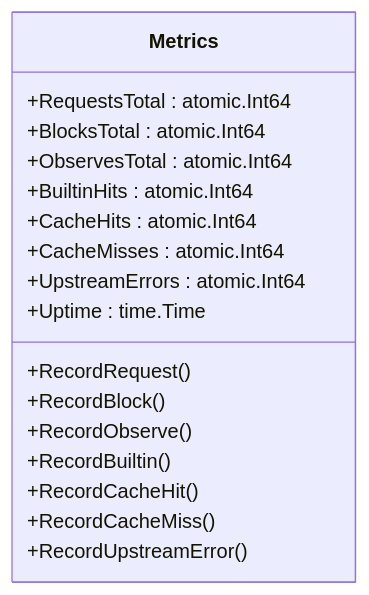
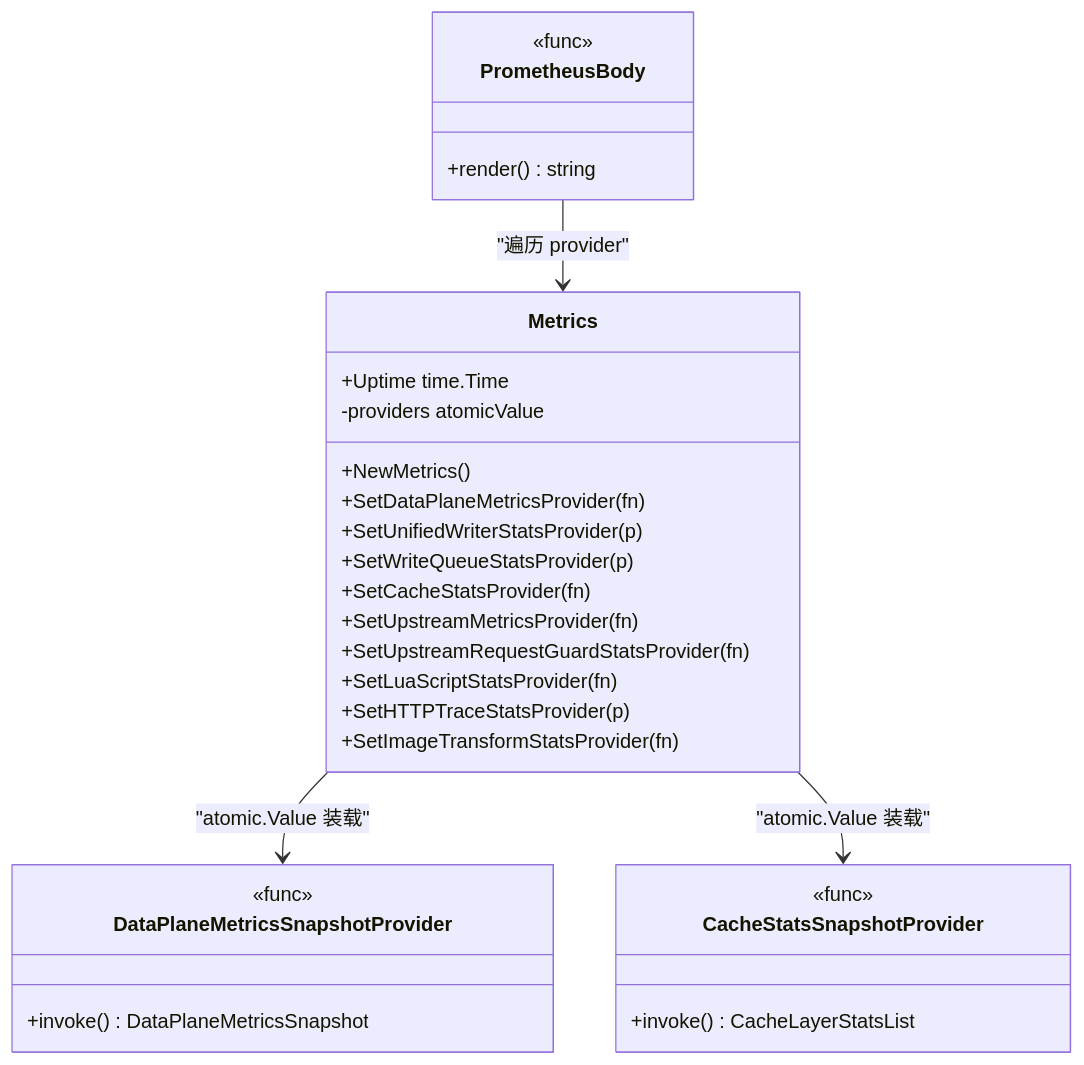
The second of 5 diagrams in docs/监控与可观测性/性能指标收集.md (x01n/My-OpenWaf), drawn with Mermaid before and after one commit. The commit also changed other lines of this file and 622 other files, not shown here.

````diff
--- a/docs/监控与可观测性/性能指标收集.md
+++ b/docs/监控与可观测性/性能指标收集.md
@@ -169,20 +108,32 @@
 ```mermaid
 classDiagram
 class Metrics {
-+RequestsTotal : atomic.Int64
-+BlocksTotal : atomic.Int64
-+ObservesTotal : atomic.Int64
-+BuiltinHits : atomic.Int64
-+CacheHits : atomic.Int64
-+CacheMisses : atomic.Int64
-+UpstreamErrors : atomic.Int64
-+Uptime : time.Time
-+RecordRequest()
-+RecordBlock()
-+RecordObserve()
-+RecordBuiltin()
-+RecordCacheHit()
-+RecordCacheMiss()
-+RecordUpstreamError()
++Uptime time.Time
+-providers atomicValue
++NewMetrics()
++SetDataPlaneMetricsProvider(fn)
++SetUnifiedWriterStatsProvider(p)
++SetWriteQueueStatsProvider(p)
++SetCacheStatsProvider(fn)
++SetUpstreamMetricsProvider(fn)
++SetUpstreamRequestGuardStatsProvider(fn)
++SetLuaScriptStatsProvider(fn)
++SetHTTPTraceStatsProvider(p)
++SetImageTransformStatsProvider(fn)
 }
+class DataPlaneMetricsSnapshotProvider {
+<<func>>
++invoke() DataPlaneMetricsSnapshot
+}
+class CacheStatsSnapshotProvider {
+<<func>>
++invoke() CacheLayerStatsList
+}
+class PrometheusBody {
+<<func>>
++render() string
+}
+Metrics --> DataPlaneMetricsSnapshotProvider : "atomic.Value 装载"
+Metrics --> CacheStatsSnapshotProvider : "atomic.Value 装载"
+PrometheusBody --> Metrics : "遍历 provider"
 ```
````
